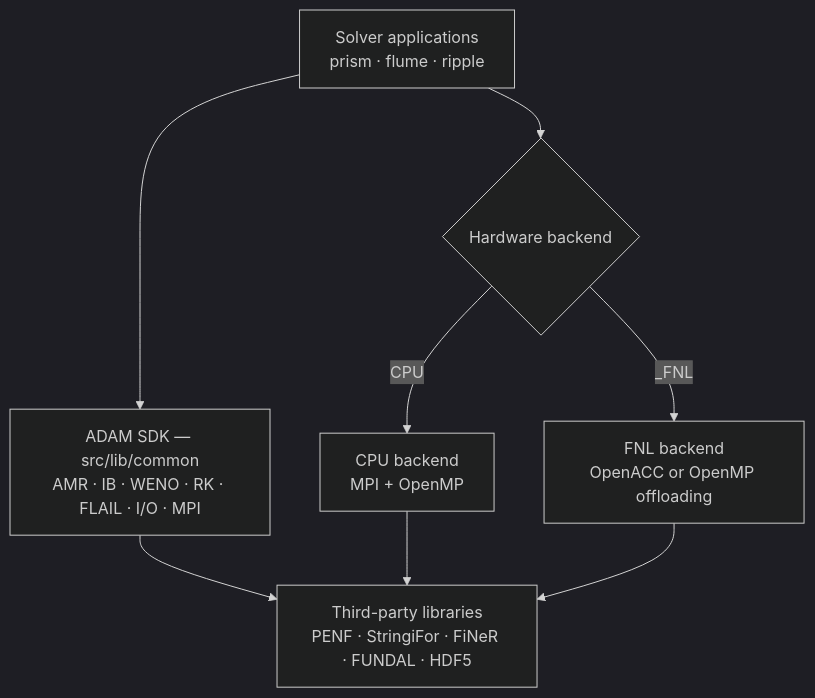
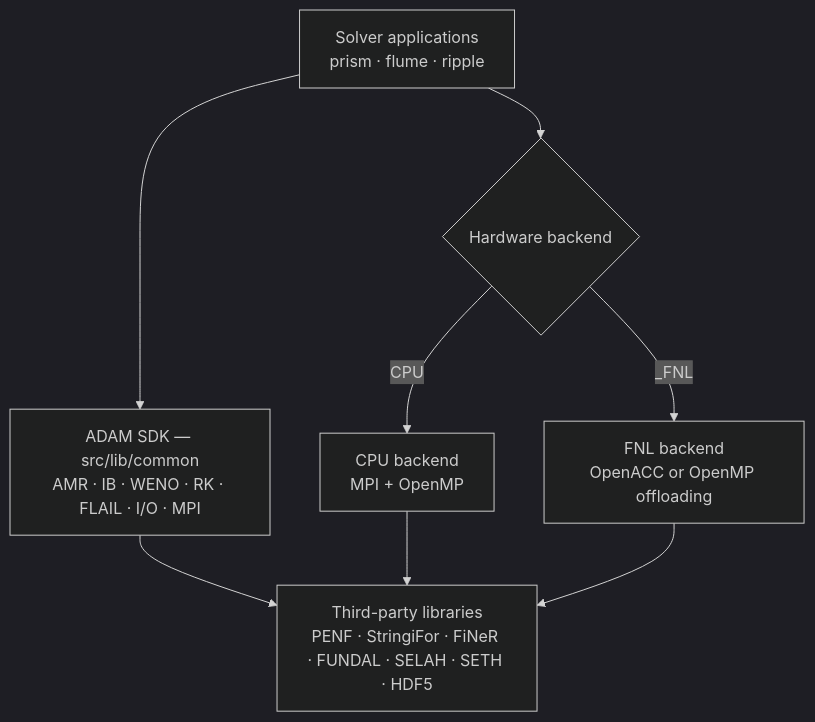
One commit to szaghi/adam changed the first of 2 diagrams in docs/concepts/architecture.md. Above: the diagram before and after it, drawn with Mermaid (dark theme). The commit also changed 8 other files, not shown here.

````diff
--- a/docs/concepts/architecture.md
+++ b/docs/concepts/architecture.md
@@ -24,10 +24,10 @@
 ```mermaid
 graph TD
     A[Solver applications<br/>prism · flume · ripple] --> B[ADAM SDK — src/lib/common<br/>AMR · IB · WENO · RK · FLAIL · I/O · MPI]
     A --> C{Hardware backend}
     C -->|CPU| CPU[CPU backend<br/>MPI + OpenMP]
     C -->|_FNL| E[FNL backend<br/>OpenACC or OpenMP offloading]
-    B --> G[Third-party libraries<br/>PENF · StringiFor · FiNeR · FUNDAL · HDF5]
+    B --> G[Third-party libraries<br/>PENF · StringiFor · FiNeR · FUNDAL · SELAH · SETH · HDF5]
     CPU --> G
     E --> G
 ```
````
